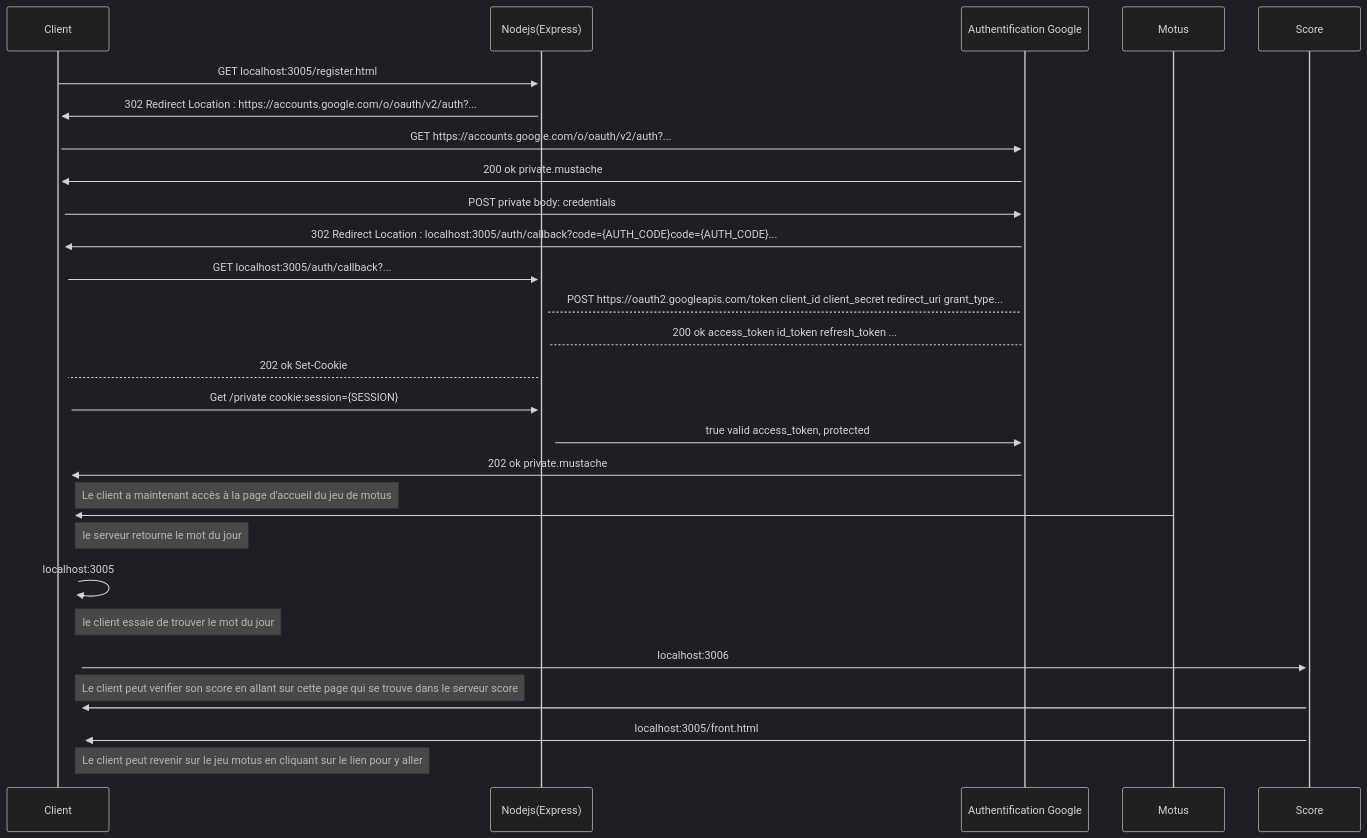
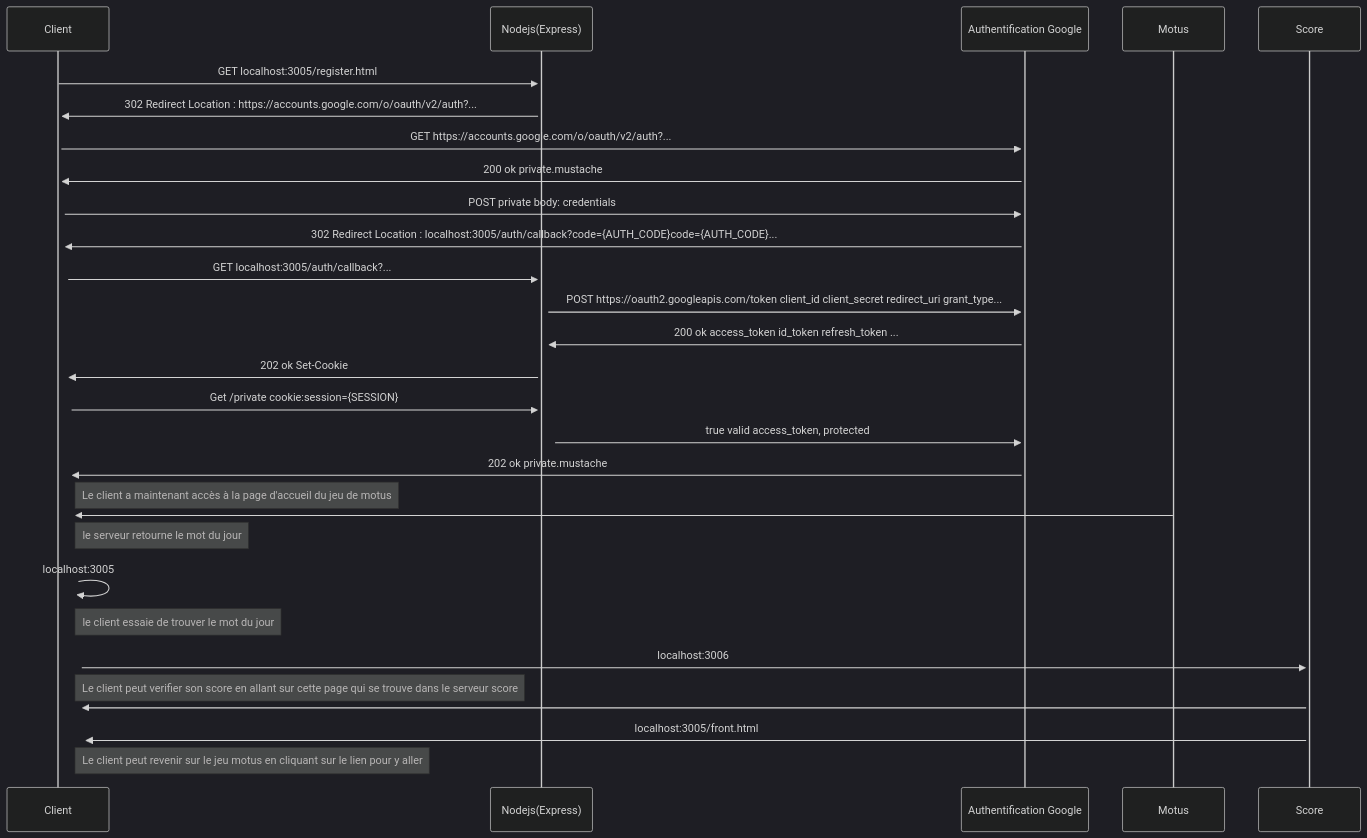
Before and after one commit to RadoDominique/motus: the diagram in README.md, drawn with Mermaid (dark theme).

````diff
--- a/README.md
+++ b/README.md
@@ -36,27 +36,27 @@
 ```mermaid
 
 sequenceDiagram
     Client->>+Nodejs(Express): GET localhost:3005/register.html
     Nodejs(Express)->>+Client: 302 Redirect Location : https://accounts.google.com/o/oauth/v2/auth?...
     Client->>+Authentification Google: GET https://accounts.google.com/o/oauth/v2/auth?...
     Authentification Google->>+Client: 200 ok private.mustache
     Client->>+Authentification Google: POST private body: credentials
     Authentification Google->>+Client: 302 Redirect Location : localhost:3005/auth/callback?code={AUTH_CODE}code={AUTH_CODE}...
     Client->>+Nodejs(Express): GET localhost:3005/auth/callback?...
-    Nodejs(Express)-->+Authentification Google: POST https://oauth2.googleapis.com/token client_id client_secret redirect_uri grant_type...
-    Authentification Google-->+Nodejs(Express): 200 ok access_token id_token refresh_token ...
-    Nodejs(Express)-->+Client: 202 ok Set-Cookie
+    Nodejs(Express)->>+Authentification Google: POST https://oauth2.googleapis.com/token client_id client_secret redirect_uri grant_type...
+    Authentification Google->>+Nodejs(Express): 200 ok access_token id_token refresh_token ...
+    Nodejs(Express)->>+Client: 202 ok Set-Cookie
     Client->>+Nodejs(Express): Get /private cookie:session={SESSION}
     Nodejs(Express)->>+Authentification Google: true valid access_token, protected 
     Authentification Google->>+Client: 202 ok private.mustache
     Note right of Client: Le client a maintenant accès à la page d'accueil du jeu de motus
     Motus->>+Client : 
     note right of Client : le serveur retourne le mot du jour
     Client->>+Client: localhost:3005
     note right of Client: le client essaie de trouver le mot du jour
     Client->>+Score: localhost:3006
     note right of Client: Le client peut verifier son score en allant sur cette page qui se trouve dans le serveur score
     Score->>+Client: 
     Score->>+Client: localhost:3005/front.html
     note right of Client: Le client peut revenir sur le jeu motus en cliquant sur le lien pour y aller
  ```
````
